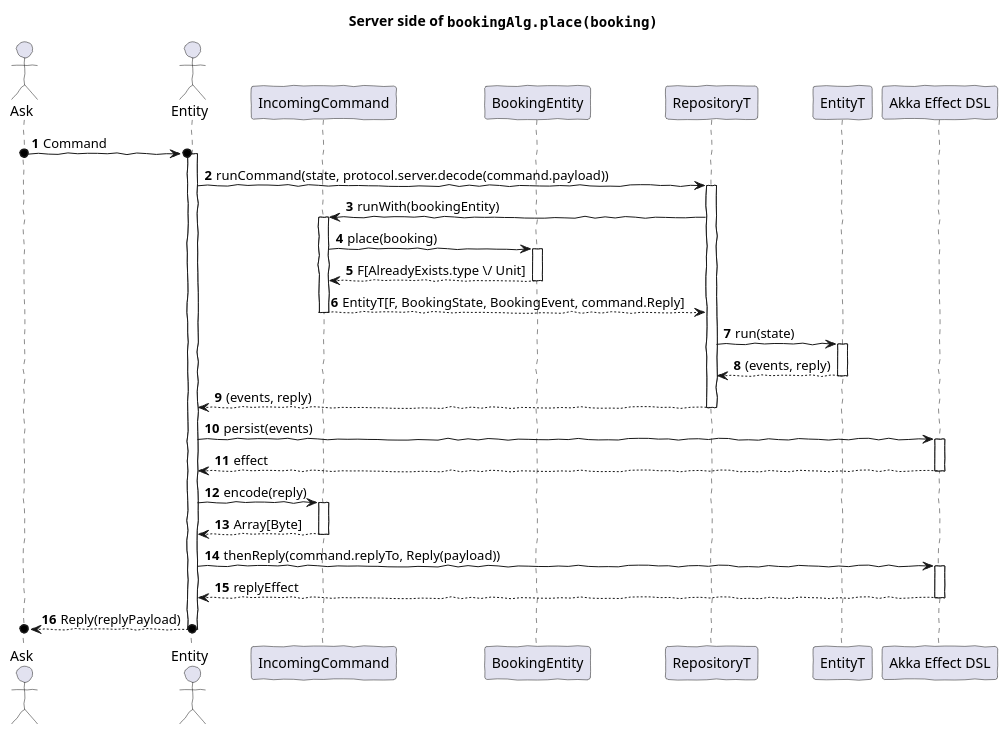
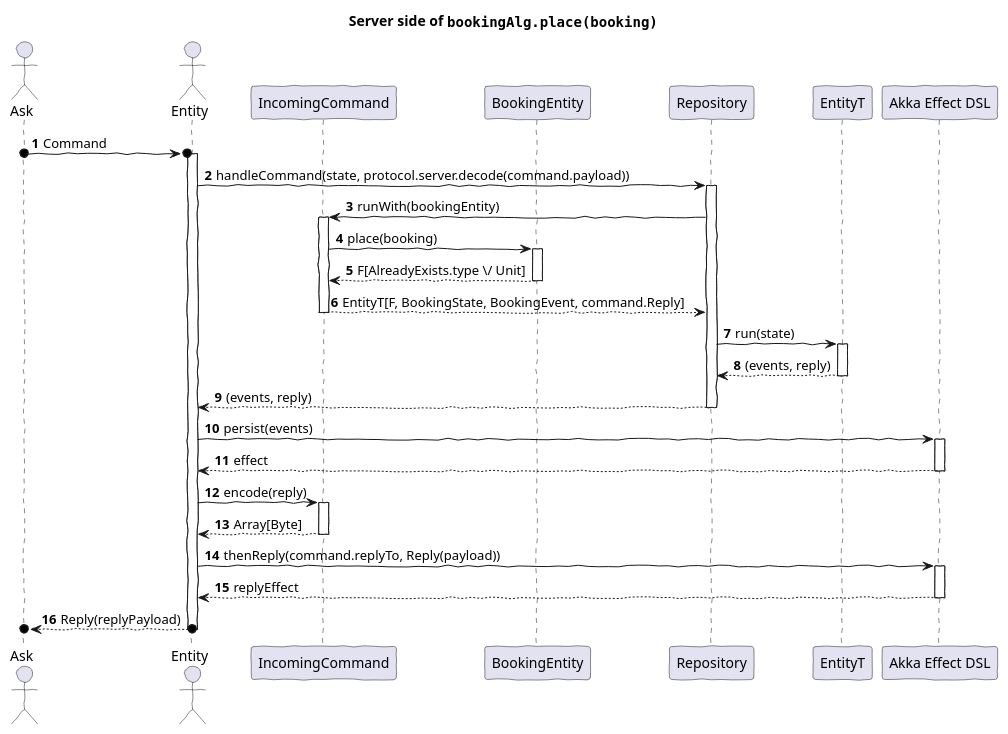
The diagram in documentation/src/main/paradox/sequences/PlaceBookingServer.puml (endless4s/endless), drawn with PlantUML before and after one commit. The commit also changed 80 other files, not shown here.

```diff
--- a/documentation/src/main/paradox/sequences/PlaceBookingServer.puml
+++ b/documentation/src/main/paradox/sequences/PlaceBookingServer.puml
@@ -1,43 +1,35 @@
 @startuml
 'https://plantuml.com/sequence-diagram
 title Server side of ""bookingAlg.place(booking)""
 skinparam handwritten true
-skinparam TitleFontName Virgil 3 YOFF
-skinparam NoteFontName  Virgil 3 YOFF
-skinparam sequence {
- ParticipantFontName Virgil 3 YOFF
- ActorFontName Virgil 3 YOFF
- ReferenceFontName Virgil 3 YOFF
- MessageFontName Virgil 3 YOFF
- ArrowFontName Virgil 3 YOFF
-}
+skinparam defaultFontName Chalkboard
+
 actor Ask as Ask
 actor Entity as Entity
 participant IncomingCommand as IncomingCommand
 participant BookingEntity as BookingEntity
-participant RepositoryT as RepositoryT
-
+participant Repository as Repository
 participant EntityT as EntityT
 participant "Akka Effect DSL" as Effect
 autonumber
 autoactivate on
 
 
 Ask o->o Entity: Command
 
-Entity -> RepositoryT: runCommand(state, protocol.server.decode(command.payload))
-RepositoryT -> IncomingCommand: runWith(bookingEntity)
+Entity -> Repository: handleCommand(state, protocol.server.decode(command.payload))
+Repository -> IncomingCommand: runWith(bookingEntity)
 IncomingCommand -> BookingEntity: place(booking)
 return F[AlreadyExists.type \/ Unit]
 return EntityT[F, BookingState, BookingEvent, command.Reply]
-RepositoryT -> EntityT: run(state)
+Repository -> EntityT: run(state)
 return (events, reply)
 return (events, reply)
 Entity -> Effect: persist(events)
 return effect
 Entity -> IncomingCommand: encode(reply)
 return Array[Byte]
 Entity -> Effect: thenReply(command.replyTo, Reply(payload))
 return replyEffect
 return Reply(replyPayload)
 @enduml
```
